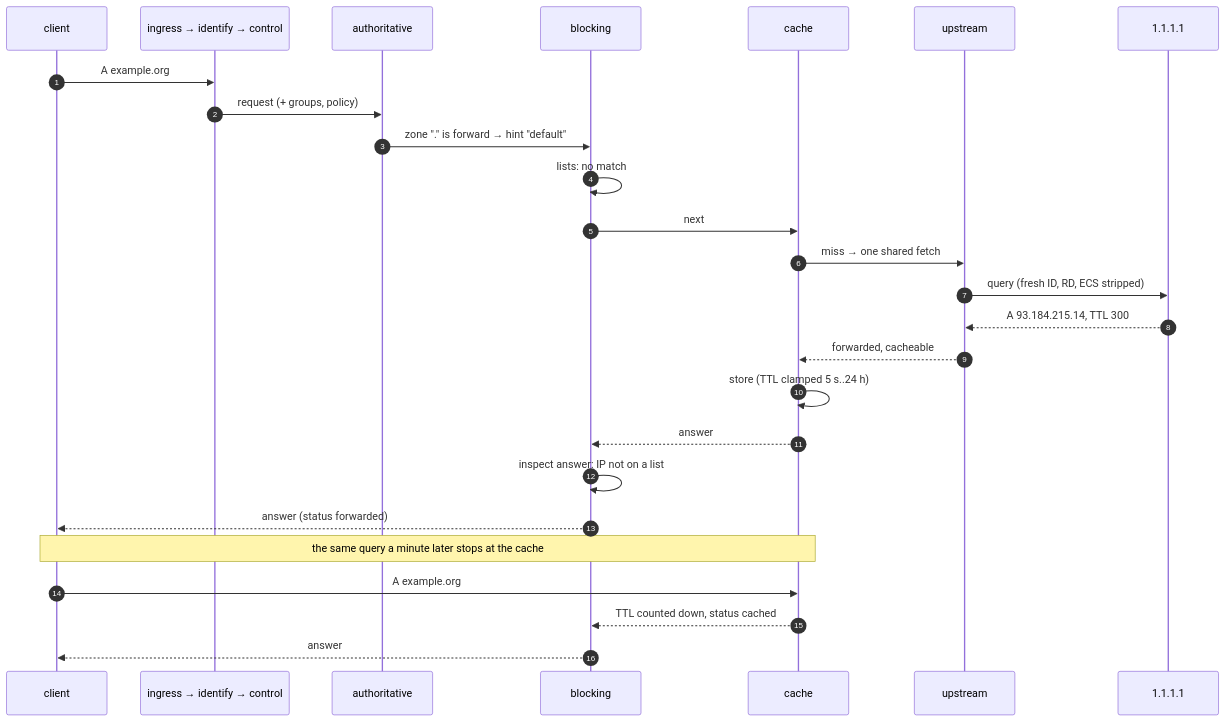
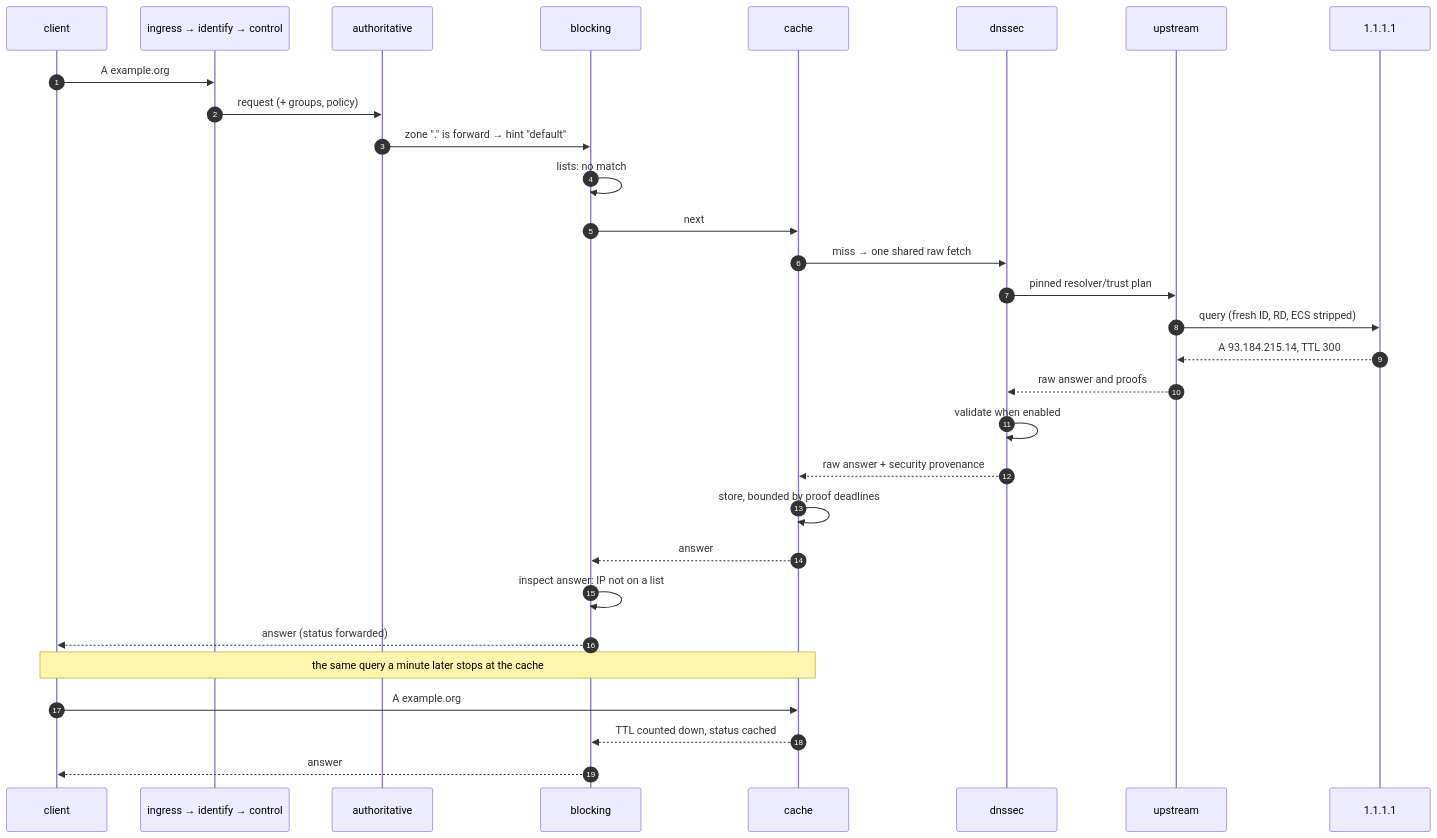
The fourth of 6 diagrams in docs/architecture/query-path.md (robertherbaugh/kudurru), drawn with Mermaid before and after one commit. The commit also changed other lines of this file and 21 other files, not shown here.

Commit message:
feat(dnssec): wire trust settings validation and response finalization

````diff
--- a/docs/architecture/query-path.md
+++ b/docs/architecture/query-path.md
@@ -124,28 +144,32 @@
 ```mermaid
 sequenceDiagram
     autonumber
     participant C as client
     participant P as ingress → identify → control
     participant A as authoritative
     participant B as blocking
     participant K as cache
+    participant V as dnssec
     participant U as upstream
     participant R as 1.1.1.1
     C->>P: A example.org
     P->>A: request (+ groups, policy)
     A->>B: zone "." is forward → hint "default"
     B->>B: lists: no match
     B->>K: next
-    K->>U: miss → one shared fetch
+    K->>V: miss → one shared raw fetch
+    V->>U: pinned resolver/trust plan
     U->>R: query (fresh ID, RD, ECS stripped)
     R-->>U: A 93.184.215.14, TTL 300
-    U-->>K: forwarded, cacheable
-    K->>K: store (TTL clamped 5 s..24 h)
+    U-->>V: raw answer and proofs
+    V->>V: validate when enabled
+    V-->>K: raw answer + security provenance
+    K->>K: store, bounded by proof deadlines
     K-->>B: answer
     B->>B: inspect answer: IP not on a list
     B-->>C: answer (status forwarded)
     Note over C,K: the same query a minute later stops at the cache
     C->>K: A example.org
     K-->>B: TTL counted down, status cached
     B-->>C: answer
 ```
````
